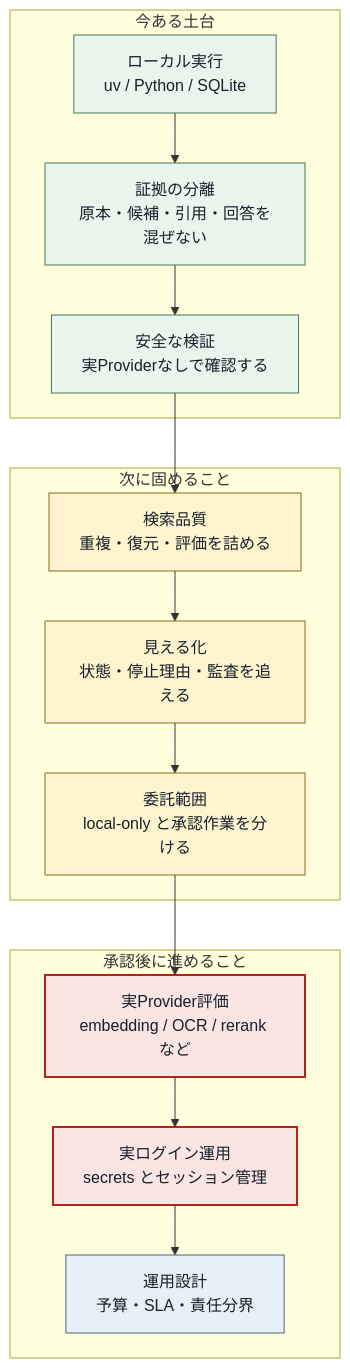
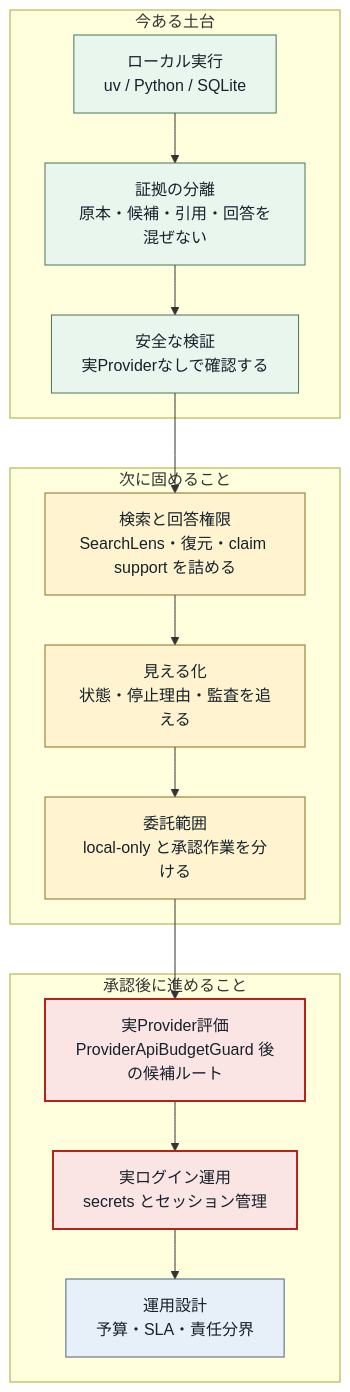
The diagram in docs/presentation/mermaid/05-roadmap.mmd (masanori64/research_x), drawn with Mermaid before and after one commit. The commit also changed 48 other files, not shown here.

Commit message:
Refresh final memory flow docs

```diff
--- a/docs/presentation/mermaid/05-roadmap.mmd
+++ b/docs/presentation/mermaid/05-roadmap.mmd
@@ -1,29 +1,29 @@
 flowchart TB
   %% WBS / ロードマップ図: 現状、次、承認後を混ぜない
 
   classDef done fill:#e9f6ee,stroke:#49745a,color:#17212b
   classDef next fill:#fff4cf,stroke:#8a6d1d,color:#17212b
   classDef gate fill:#fbe4e4,stroke:#b42318,color:#17212b,stroke-width:2px
   classDef future fill:#e7f0f8,stroke:#49657a,color:#17212b
 
   subgraph base["今ある土台"]
     local["ローカル実行<br/>uv / Python / SQLite"]:::done
     invariant["証拠の分離<br/>原本・候補・引用・回答を混ぜない"]:::done
     tests["安全な検証<br/>実Providerなしで確認する"]:::done
   end
 
   subgraph improve["次に固めること"]
-    quality["検索品質<br/>重複・復元・評価を詰める"]:::next
+    quality["検索と回答権限<br/>SearchLens・復元・claim support を詰める"]:::next
     observable["見える化<br/>状態・停止理由・監査を追える"]:::next
     scope["委託範囲<br/>local-only と承認作業を分ける"]:::next
   end
 
   subgraph gated["承認後に進めること"]
-    provider["実Provider評価<br/>embedding / OCR / rerank など"]:::gate
+    provider["実Provider評価<br/>ProviderApiBudgetGuard 後の候補ルート"]:::gate
     login["実ログイン運用<br/>secrets とセッション管理"]:::gate
     operation["運用設計<br/>予算・SLA・責任分界"]:::future
   end
 
   local --> invariant --> tests
   tests --> quality --> observable --> scope
   scope --> provider --> login --> operation
```
